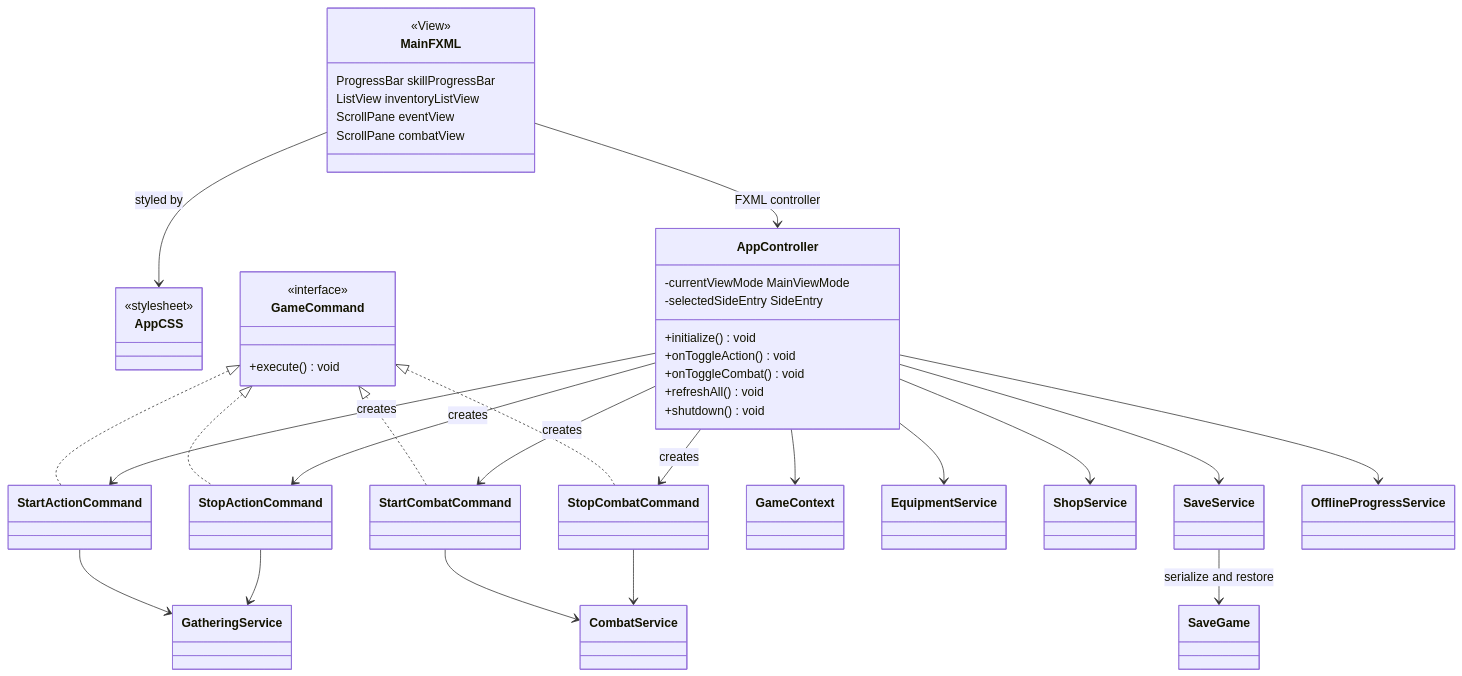
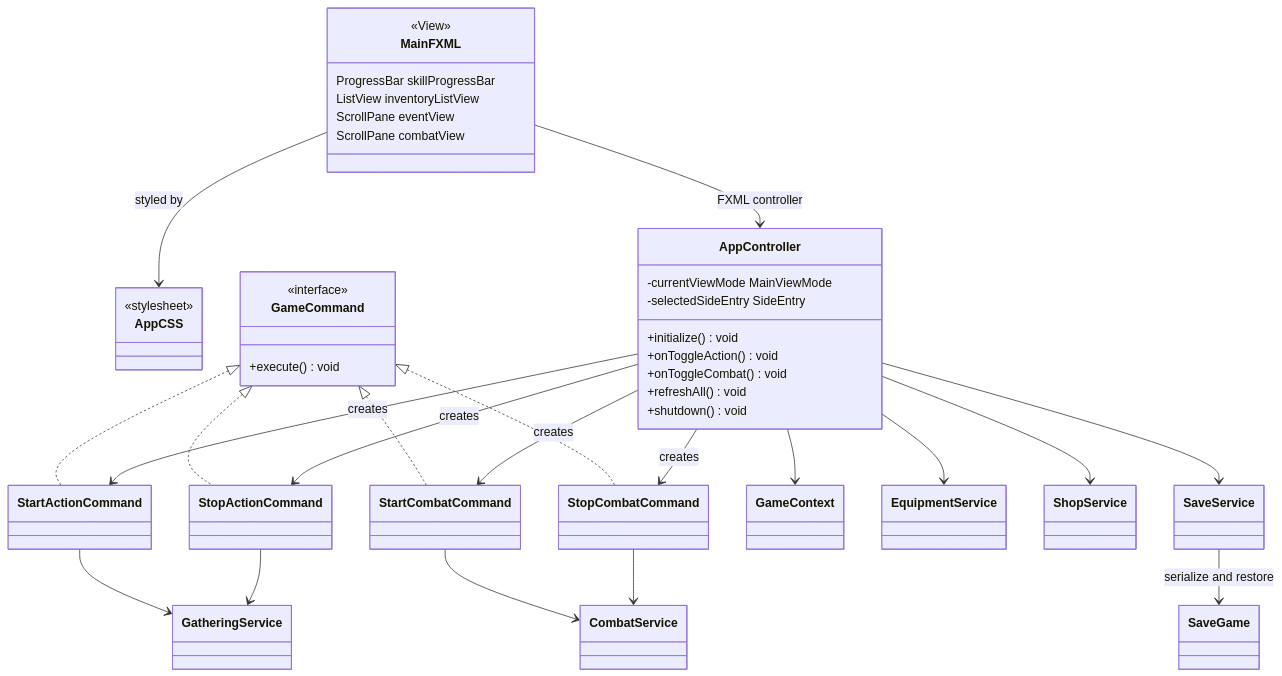
One commit to zxc123123106/Idle-RPG-Framework changed the fifth of 6 diagrams in REPORT.md. Above: the diagram before and after it, drawn with Mermaid. The commit also changed other lines of this file and 15 other files, not shown here.

````diff
--- a/REPORT.md
+++ b/REPORT.md
@@ -464,56 +454,55 @@
 ```mermaid
 classDiagram
     direction TB
 
     class MainFXML {
         <<View>>
         ProgressBar skillProgressBar
         ListView inventoryListView
         ScrollPane eventView
         ScrollPane combatView
     }
     class AppCSS {
         <<stylesheet>>
     }
     class AppController {
         -currentViewMode MainViewMode
         -selectedSideEntry SideEntry
         +initialize() void
         +onToggleAction() void
         +onToggleCombat() void
         +refreshAll() void
         +shutdown() void
     }
     MainFXML --> AppController : FXML controller
     MainFXML --> AppCSS : styled by
 
     class GameCommand {
         <<interface>>
         +execute() void
     }
     class StartActionCommand
     class StopActionCommand
     class StartCombatCommand
     class StopCombatCommand
 
     GameCommand <|.. StartActionCommand
     GameCommand <|.. StopActionCommand
     GameCommand <|.. StartCombatCommand
     GameCommand <|.. StopCombatCommand
 
     AppController --> StartActionCommand : creates
     AppController --> StopActionCommand : creates
     AppController --> StartCombatCommand : creates
     AppController --> StopCombatCommand : creates
     StartActionCommand --> GatheringService
     StopActionCommand --> GatheringService
     StartCombatCommand --> CombatService
     StopCombatCommand --> CombatService
 
     AppController --> GameContext
     AppController --> EquipmentService
     AppController --> ShopService
     AppController --> SaveService
-    AppController --> OfflineProgressService
     SaveService --> SaveGame : serialize and restore
 ```
````
